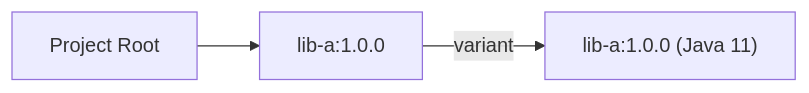
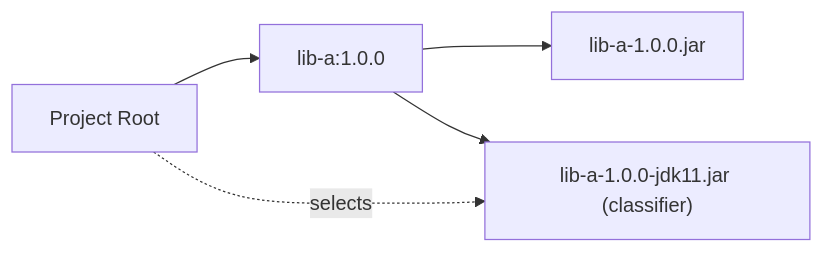
The diagram in demos/gradle-demo/scenario-13-variants/guide.qmd (JavaDependencyHell/fieldguide), drawn with Mermaid before and after one commit. The commit also changed other lines of this file and 208 other files, not shown here.

````diff
--- a/demos/gradle-demo/scenario-13-variants/guide.qmd
+++ b/demos/gradle-demo/scenario-13-variants/guide.qmd
@@ -19,6 +20,8 @@
 ```{mermaid}
 %%| fig-width: 4.4
 graph LR
-    Root["Project Root"] --> LibA["lib-a:1.0.0"]
-    LibA -- variant --> LibA_Java11["lib-a:1.0.0 (Java 11)"]
+    Root[Project Root] --> LibA[lib-a:1.0.0]
+    LibA --> Jar["lib-a-1.0.0.jar"]
+    LibA --> Jdk11["lib-a-1.0.0-jdk11.jar (classifier)"]
+    Root -. selects .-> Jdk11
 ```
````
